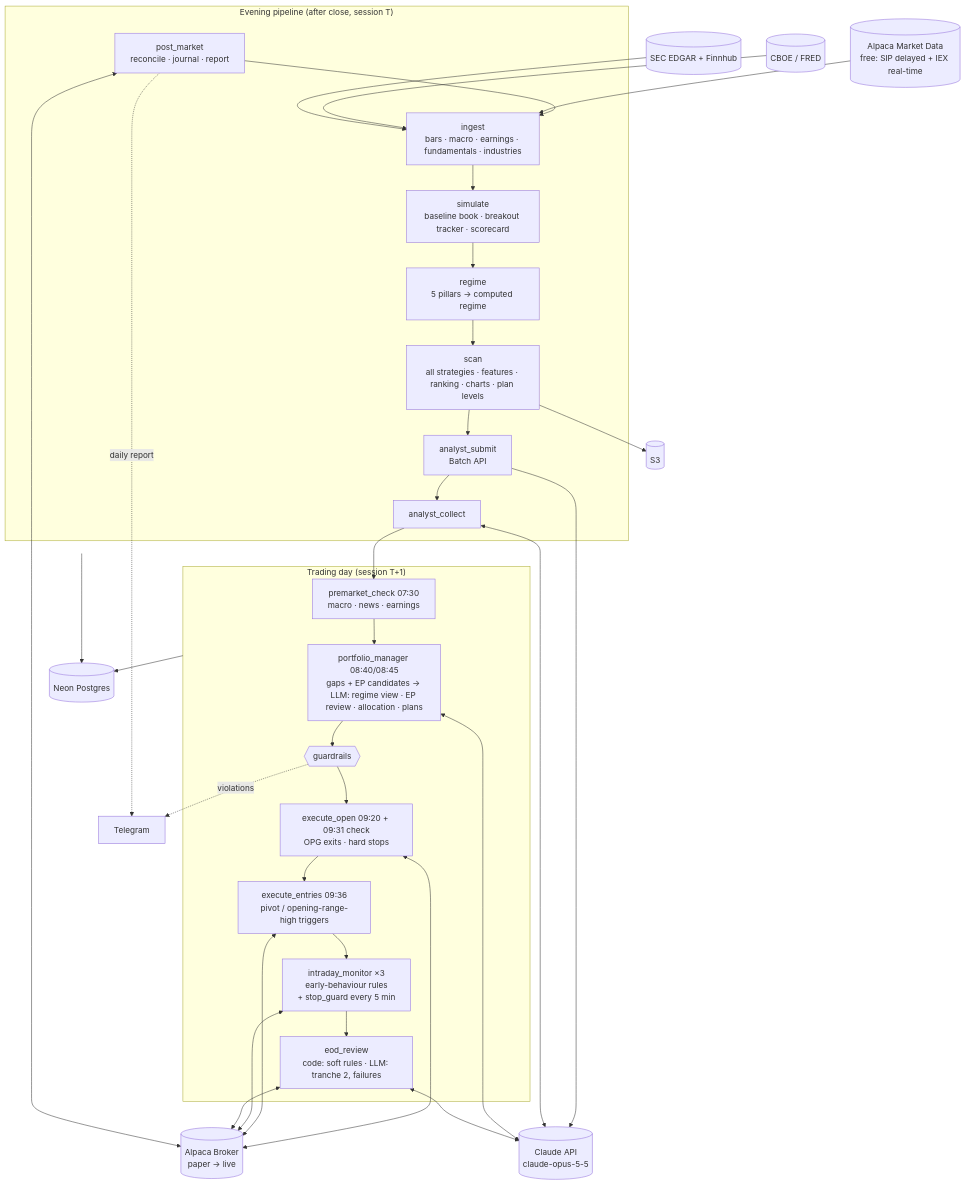
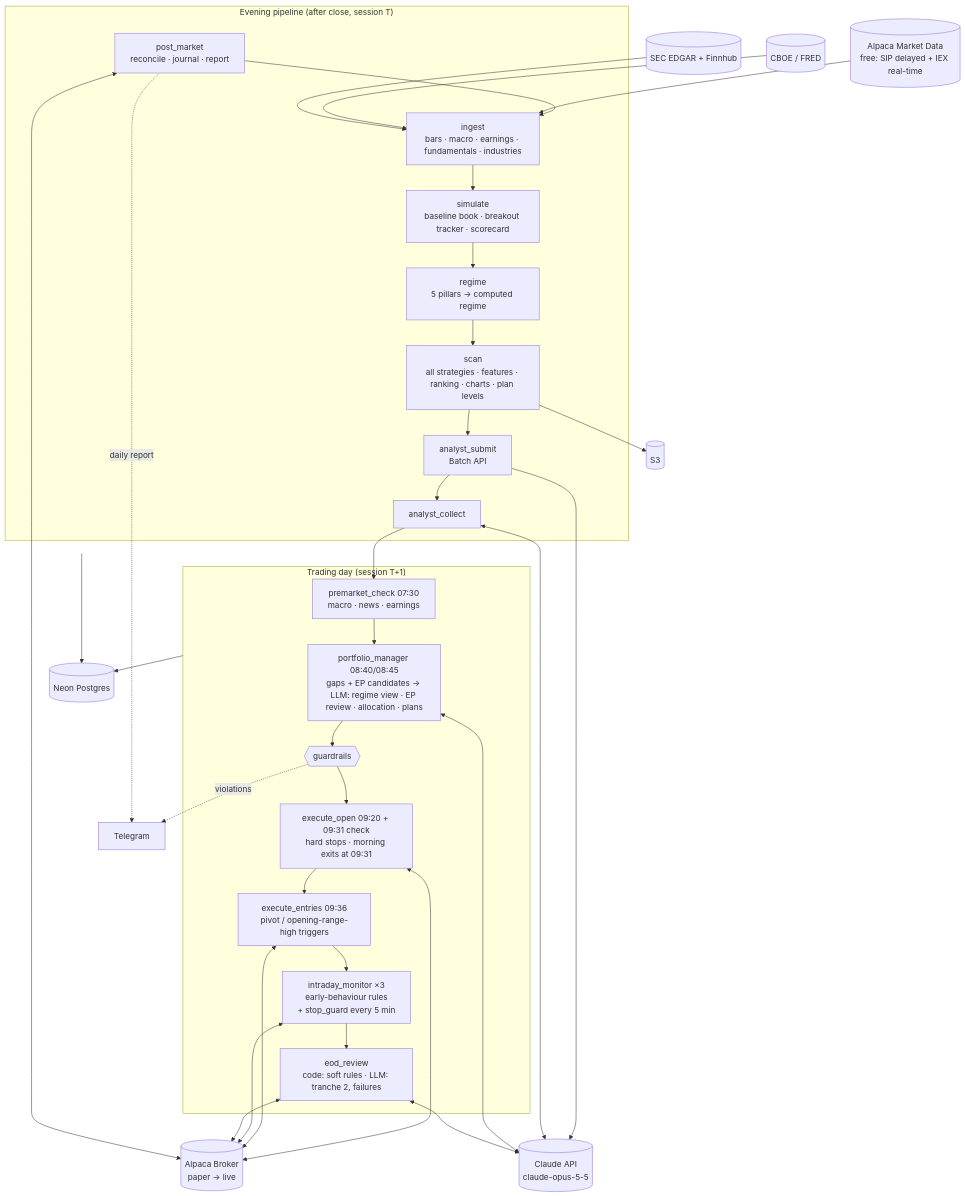
One commit to Dima252/AuraTrade changed the diagram in README.md. Above: the diagram before and after it, drawn with Mermaid. The commit also changed other lines of this file and 5 other files, not shown here.

````diff
--- a/README.md
+++ b/README.md
@@ -52,53 +52,53 @@
 ```mermaid
 flowchart TD
     subgraph EVE["Evening pipeline (after close, session T)"]
         PM1[post_market<br/>reconcile · journal · report]
         ING[ingest<br/>bars · macro · earnings · fundamentals · industries]
         SIM[simulate<br/>baseline book · breakout tracker · scorecard]
         REG[regime<br/>5 pillars → computed regime]
         SCAN[scan<br/>all strategies · features · ranking · charts · plan levels]
         ANS[analyst_submit<br/>Batch API]
         ANC[analyst_collect]
         PM1 --> ING --> SIM --> REG --> SCAN --> ANS --> ANC
     end
 
     subgraph MORN["Trading day (session T+1)"]
         PRE[premarket_check 07:30<br/>macro · news · earnings]
         PMG[portfolio_manager 08:40/08:45<br/>gaps + EP candidates → LLM: regime view · EP review · allocation · plans]
         GR{{guardrails}}
-        EXO[execute_open 09:20 + 09:31 check<br/>OPG exits · hard stops]
+        EXO[execute_open 09:20 + 09:31 check<br/>hard stops · morning exits at 09:31]
         EXE[execute_entries 09:36<br/>pivot / opening-range-high triggers]
         MON[intraday_monitor ×3<br/>early-behaviour rules<br/>+ stop_guard every 5 min]
         EOD[eod_review<br/>code: soft rules · LLM: tranche 2, failures]
         PRE --> PMG --> GR --> EXO --> EXE --> MON --> EOD
     end
 
     ANC --> PRE
 
     ALPD[(Alpaca Market Data<br/>free: SIP delayed + IEX real-time)]
     ALPB[(Alpaca Broker<br/>paper → live)]
     MAC[(CBOE / FRED)]
     FUN[(SEC EDGAR + Finnhub)]
     CL[(Claude API<br/>claude-opus-5-5)]
     DB[(Neon Postgres)]
     S3[(S3)]
     TG[Telegram]
 
     ALPD --> ING
     MAC --> ING
     FUN --> ING
     ANS --> CL
     ANC <--> CL
     PMG <--> CL
     EOD <--> CL
     EXO <--> ALPB
     EXE <--> ALPB
     MON <--> ALPB
     EOD <--> ALPB
     PM1 <--> ALPB
     EVE --> DB
     MORN --> DB
     SCAN --> S3
     GR -. violations .-> TG
     PM1 -. daily report .-> TG
 ```
````
